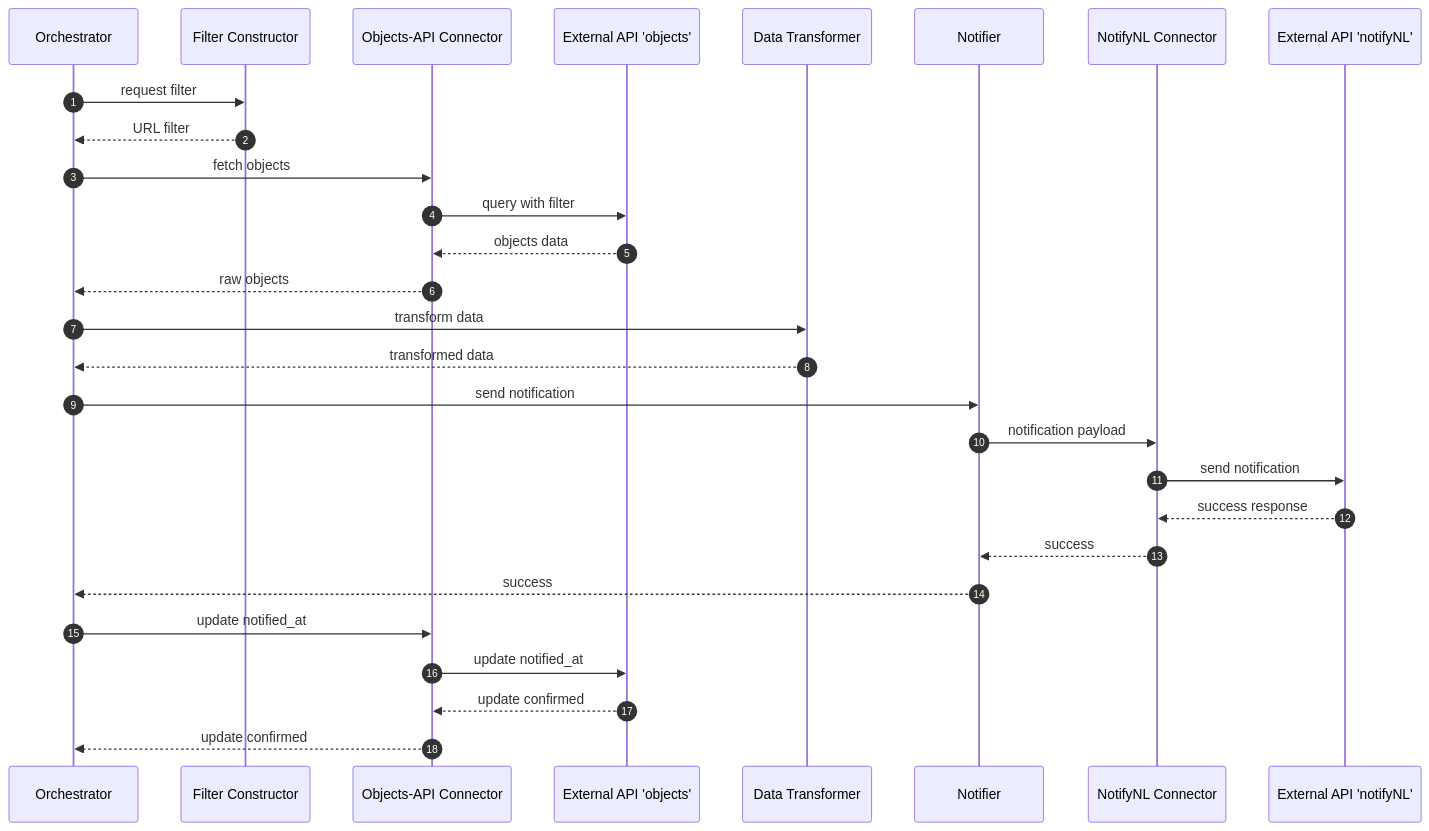
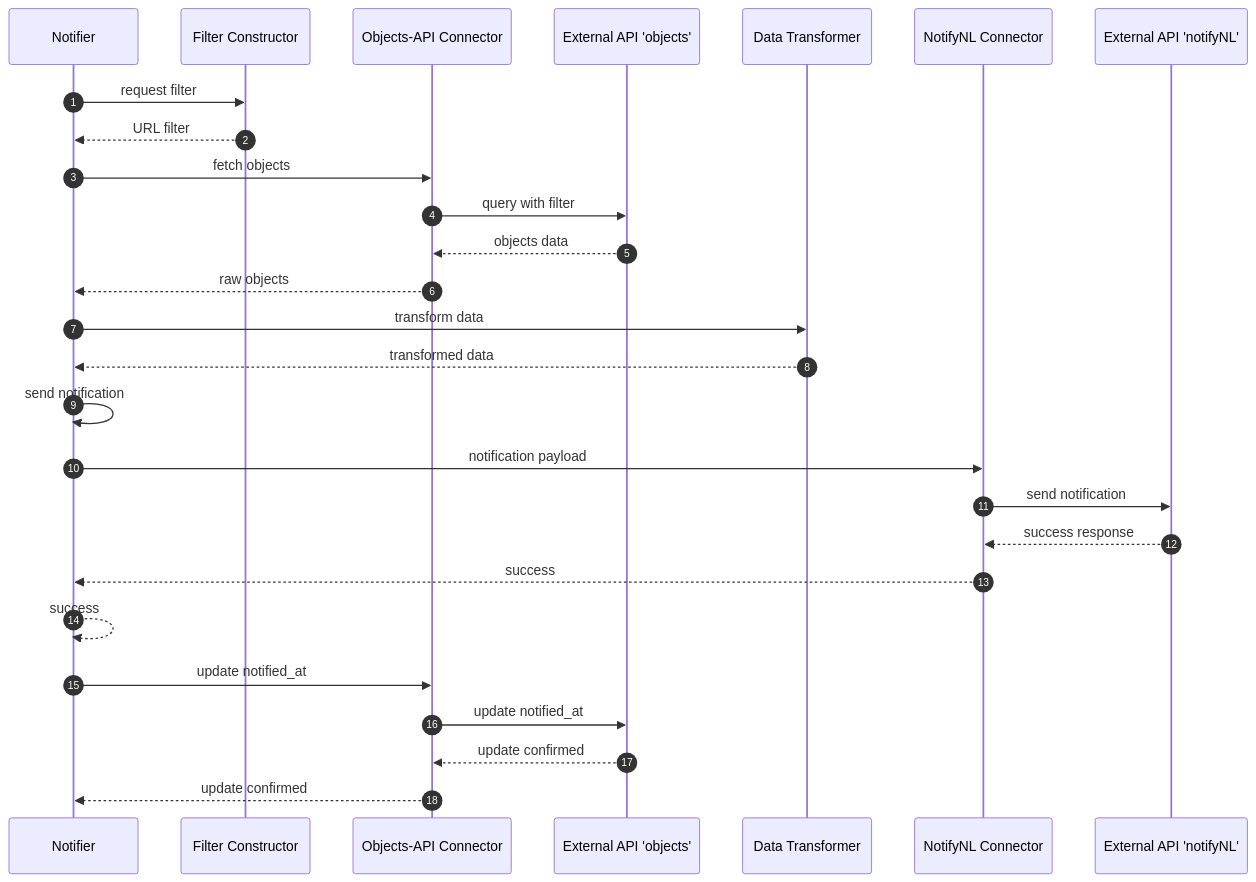
One commit to GemeenteNijmegen/modules-object-notifier changed the diagram in README.md. Above: the diagram before and after it, drawn with Mermaid. The commit also changed 1 other file, not shown here.

Commit message:
chore: remove unused export update README

````diff
--- a/README.md
+++ b/README.md
@@ -50,35 +50,35 @@
 ```mermaid
 sequenceDiagram
     autonumber
-    participant Orchestrator
+    participant Notifier
     participant FilterConstructor as Filter Constructor
     participant ObjectsConnector as Objects-API Connector
     participant ObjectsAPI as External API 'objects'
     participant DataTransformer as Data Transformer
     participant Notifier
     participant NotifyNLConnector as NotifyNL Connector
     participant NotifyNL as External API 'notifyNL'
 
-    Orchestrator->>FilterConstructor: request filter
-    FilterConstructor-->>Orchestrator: URL filter
+    Notifier->>FilterConstructor: request filter
+    FilterConstructor-->>Notifier: URL filter
     
-    Orchestrator->>ObjectsConnector: fetch objects
+    Notifier->>ObjectsConnector: fetch objects
     ObjectsConnector->>ObjectsAPI: query with filter
     ObjectsAPI-->>ObjectsConnector: objects data
-    ObjectsConnector-->>Orchestrator: raw objects
+    ObjectsConnector-->>Notifier: raw objects
     
-    Orchestrator->>DataTransformer: transform data
-    DataTransformer-->>Orchestrator: transformed data
+    Notifier->>DataTransformer: transform data
+    DataTransformer-->>Notifier: transformed data
     
-    Orchestrator->>Notifier: send notification
+    Notifier->>Notifier: send notification
     Notifier->>NotifyNLConnector: notification payload
     NotifyNLConnector->>NotifyNL: send notification
     NotifyNL-->>NotifyNLConnector: success response
     NotifyNLConnector-->>Notifier: success
-    Notifier-->>Orchestrator: success
+    Notifier-->>Notifier: success
     
-    Orchestrator->>ObjectsConnector: update notified_at
+    Notifier->>ObjectsConnector: update notified_at
     ObjectsConnector->>ObjectsAPI: update notified_at
     ObjectsAPI-->>ObjectsConnector: update confirmed
-    ObjectsConnector-->>Orchestrator: update confirmed
+    ObjectsConnector-->>Notifier: update confirmed
 ```
````
